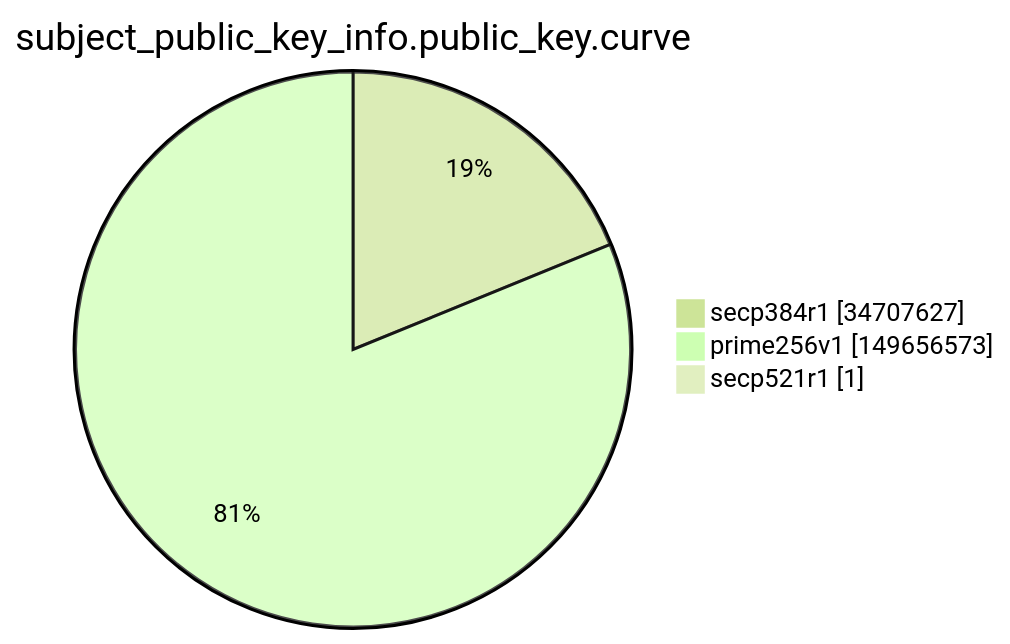
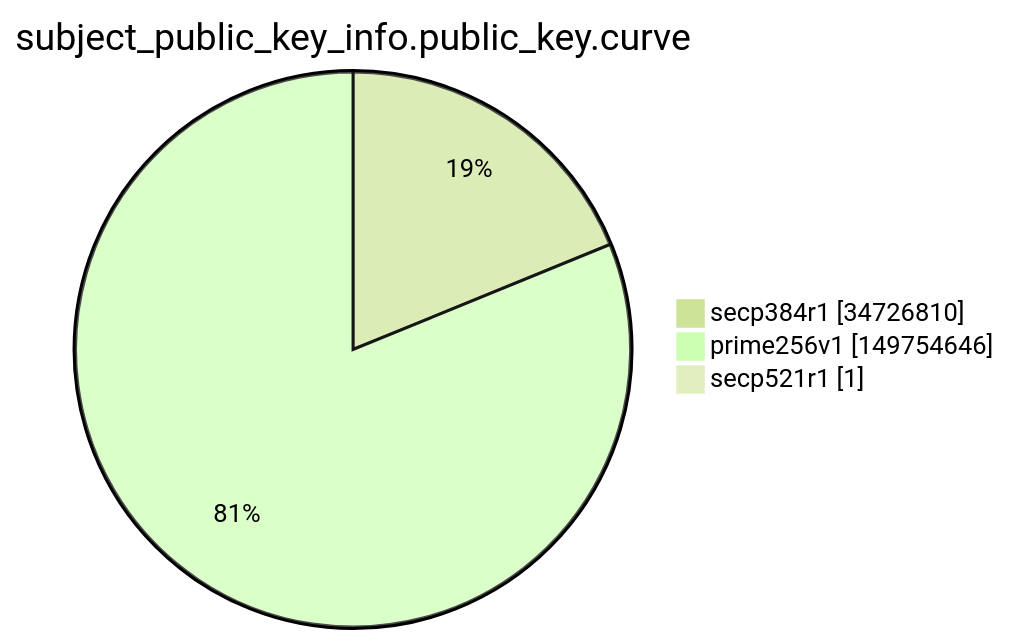
One commit to christiankrug/ctmonitor_visualization changed the ninth of 15 diagrams in argon2022/README.md. Above: the diagram before and after it, drawn with Mermaid (forest theme). The commit also changed other lines of this file, not shown here.

````diff
--- a/argon2022/README.md
+++ b/argon2022/README.md
@@ -2764,7 +2765,7 @@
 ```mermaid
 pie showData
 title subject_public_key_info.public_key.curve
-"secp384r1" :34707627
-"prime256v1" :149656573
+"secp384r1" :34726810
+"prime256v1" :149754646
 "secp521r1" :1
 ```
````
